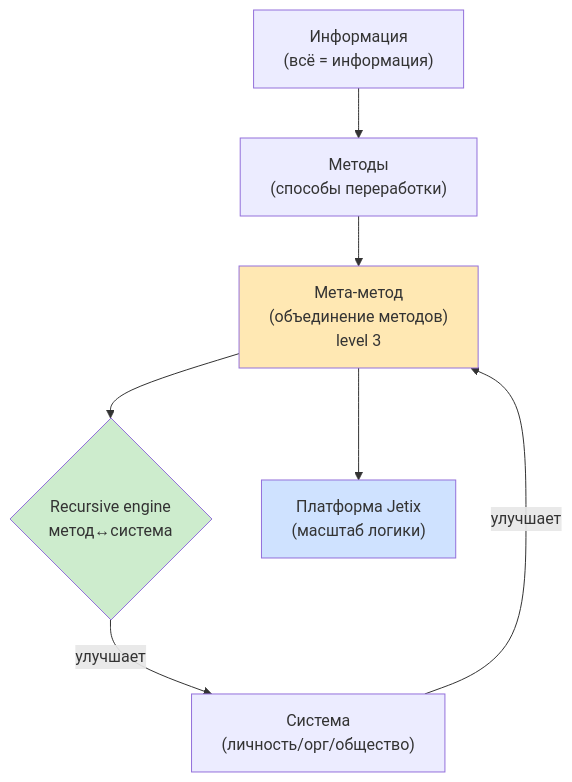
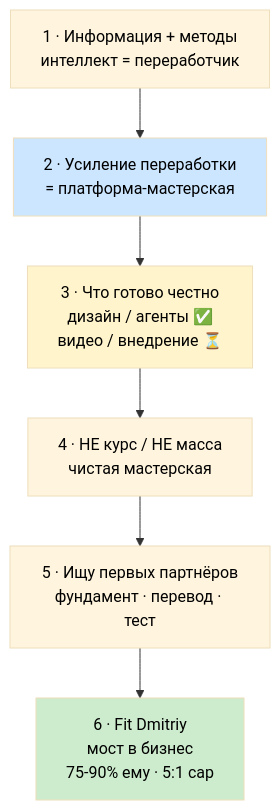
Before and after one commit to Bogersebekov/jetix-os: the second of 5 diagrams in decisions/strategic/CALL-PLAN-DMITRIY-KAISER-2026-05-25.md, drawn with Mermaid. The commit also changed other lines of this file, not shown here.

Commit message:
[call-plan] Dmitriy Kaiser 25.05 — rewrite per actual prompt (6 тезисов + 1h structure + R12 sweep + 5 mermaid)

````diff
--- a/decisions/strategic/CALL-PLAN-DMITRIY-KAISER-2026-05-25.md
+++ b/decisions/strategic/CALL-PLAN-DMITRIY-KAISER-2026-05-25.md
@@ -156,12 +186,12 @@
 ```mermaid
+%%{init: {'theme':'base', 'themeVariables': {'primaryTextColor':'#000','textColor':'#000','lineColor':'#333'}}}%%
 graph TD
-    I["Информация<br/>(всё = информация)"] --> M["Методы<br/>(способы переработки)"]
-    M --> MM["Мета-метод<br/>(объединение методов)<br/>level 3"]
-    MM --> R{"Recursive engine<br/>метод↔система"}
-    R -->|улучшает| S["Система<br/>(личность/орг/общество)"]
-    S -->|улучшает| MM
-    MM --> P["Платформа Jetix<br/>(масштаб логики)"]
-    style MM fill:#ffe8b3
-    style R fill:#cdeccd
-    style P fill:#cfe2ff
+    A["1 · Информация + методы<br/>интеллект = переработчик"] --> B["2 · Усиление переработки<br/>= платформа-мастерская"]
+    B --> C["3 · Что готово честно<br/>дизайн / агенты ✅<br/>видео / внедрение ⏳"]
+    C --> D["4 · НЕ курс / НЕ масса<br/>чистая мастерская"]
+    D --> E["5 · Ищу первых партнёров<br/>фундамент · перевод · тест"]
+    E --> F["6 · Fit Dmitriy<br/>мост в бизнес<br/>75-90% ему · 5:1 cap"]
+    style B fill:#cce6ff,color:#000
+    style C fill:#fff4cc,color:#000
+    style F fill:#cdeccd,color:#000
 ```
````
